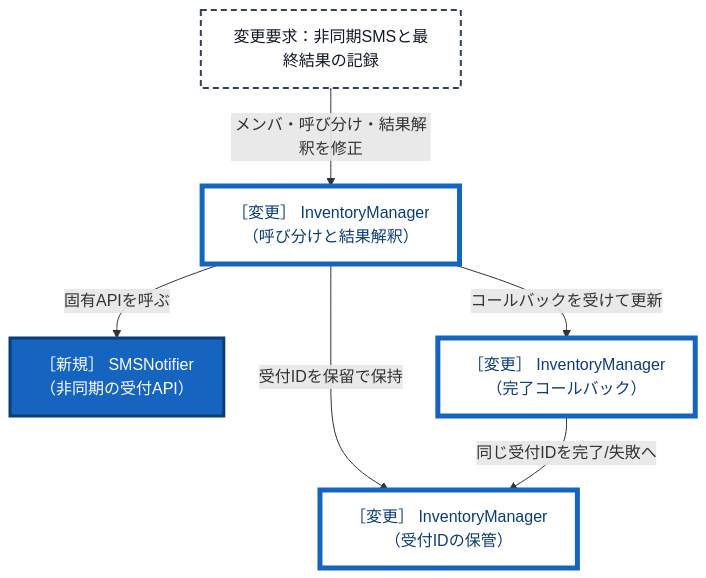
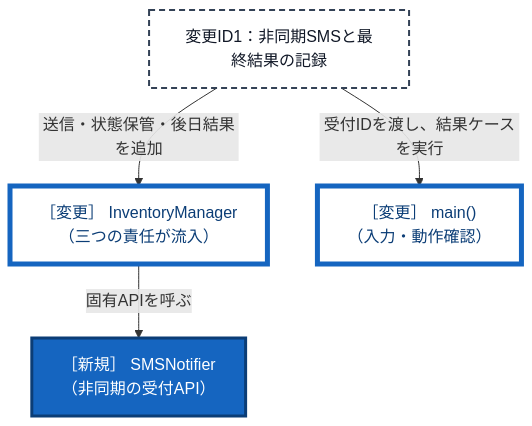
Before and after one commit to kumachan1101-pixel/DesignPattern: the seventh of 18 diagrams in kindle/design-patterns/books/volume01-core-patterns/output/05-chapter03.md, drawn with Mermaid. The commit also changed other lines of this file and 41 other files, not shown here.

````diff
--- a/kindle/design-patterns/books/volume01-core-patterns/output/05-chapter03.md
+++ b/kindle/design-patterns/books/volume01-core-patterns/output/05-chapter03.md
@@ -1365,14 +1407,12 @@
 ```mermaid
 graph TD
-    T1["変更要求：非同期SMSと最終結果の記録"]:::req
-        -->|"メンバ・呼び分け・結果解釈を修正"| A["［変更］ InventoryManager<br>（呼び分けと結果解釈）"]:::touched
+    T1["変更ID1：非同期SMSと最終結果の記録"]:::req
+        -->|"送信・状態保管・後日結果を追加"| A["［変更］ InventoryManager<br>（三つの責任が流入）"]:::touched
     A -->|"固有APIを呼ぶ"| B["［新規］ SMSNotifier<br>（非同期の受付API）"]:::added
-    A -->|"受付IDを保留で保持"| C["［変更］ InventoryManager<br>（受付IDの保管）"]:::touched
-    A -->|"コールバックを受けて更新"| D["［変更］ InventoryManager<br>（完了コールバック）"]:::touched
-    D -->|"同じ受付IDを完了/失敗へ"| C
+    T1 -->|"受付IDを渡し、結果ケースを実行"| C["［変更］ main()<br>（入力・動作確認）"]:::touched
 
     classDef req fill:#ffffff,stroke:#334155,stroke-width:2px,stroke-dasharray:6 4,color:#111827;
     classDef keep fill:#f1f5f9,stroke:#94a3b8,color:#334155;
     classDef added fill:#1565c0,stroke:#0b3d76,stroke-width:3px,color:#ffffff;
     classDef touched fill:#ffffff,stroke:#1565c0,stroke-width:5px,color:#0b3d76;
 ```
````
